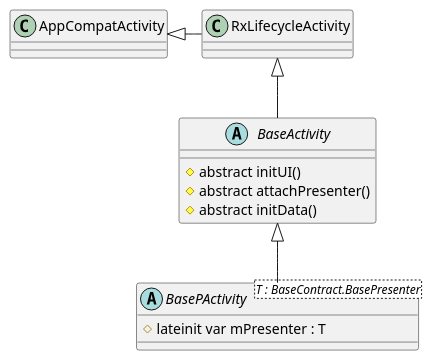
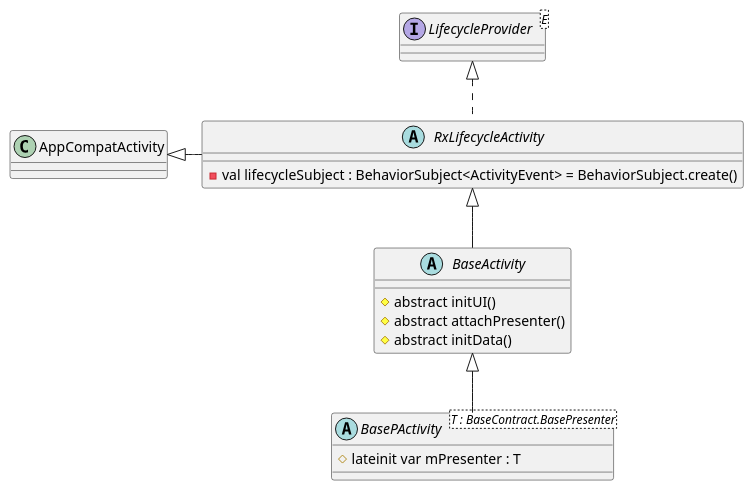
One commit to hackerlc/GearKJ changed the diagram in app/uml/gearapp/BaseActivity.puml. Above: the diagram before and after it, drawn with PlantUML. The commit also changed 10 other files, not shown here.

```diff
--- a/app/uml/gearapp/BaseActivity.puml
+++ b/app/uml/gearapp/BaseActivity.puml
@@ -1,17 +1,22 @@
 @startuml
 
 AppCompatActivity <|- RxLifecycleActivity
-
+LifecycleProvider <|.. RxLifecycleActivity
 RxLifecycleActivity <|-- BaseActivity
 
 BaseActivity <|-- BasePActivity
+
+abstract class RxLifecycleActivity {
+    -val lifecycleSubject : BehaviorSubject<ActivityEvent> = BehaviorSubject.create()
+}
 
 abstract class BasePActivity<T : BaseContract.BasePresenter>{
     #lateinit var mPresenter : T
 }
 abstract class BaseActivity{
     #abstract initUI()
     #abstract attachPresenter()
     #abstract initData()
 }
+interface LifecycleProvider<E>
 @enduml
```
